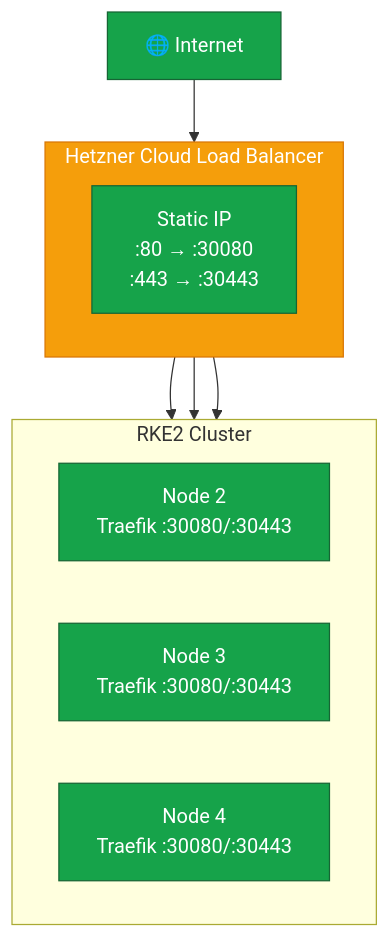
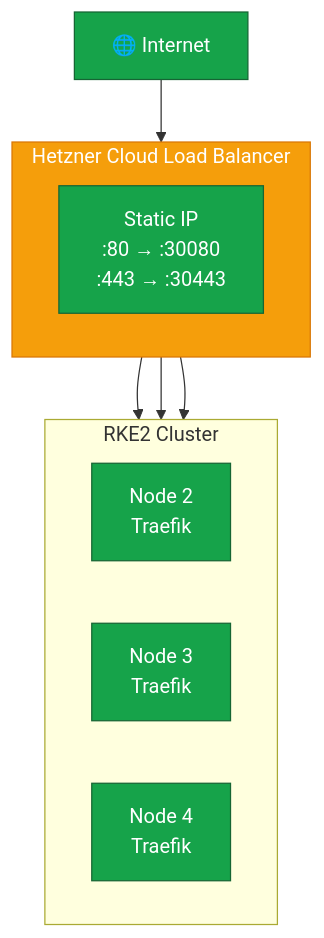
The diagram in guides/migrating-k3s-to-rke2-without-downtime/lesson-18.md (philprime/philprime.dev), drawn with Mermaid before and after one commit. The commit also changed other lines of this file and 15 other files, not shown here.

````diff
--- a/guides/migrating-k3s-to-rke2-without-downtime/lesson-18.md
+++ b/guides/migrating-k3s-to-rke2-without-downtime/lesson-18.md
@@ -23,26 +30,26 @@
 ```mermaid!
 flowchart TB
   Internet["🌐 Internet"]
 
   subgraph LB["Hetzner Cloud Load Balancer"]
     LBInfo["Static IP<br/>:80 → :30080<br/>:443 → :30443"]
   end
 
   subgraph Cluster["RKE2 Cluster"]
     direction LR
-    N2["Node 2<br/>Traefik :30080/:30443"]
-    N3["Node 3<br/>Traefik :30080/:30443"]
-    N4["Node 4<br/>Traefik :30080/:30443"]
+    N2["Node 2<br/>Traefik"]
+    N3["Node 3<br/>Traefik"]
+    N4["Node 4<br/>Traefik"]
   end
 
   Internet --> LB
   LB --> N2
   LB --> N3
   LB --> N4
 
   classDef lb fill:#f59e0b,color:#fff,stroke:#d97706
   classDef node fill:#16a34a,color:#fff,stroke:#166534
 
   class LB lb
   class N2,N3,N4 node
 ```
````
